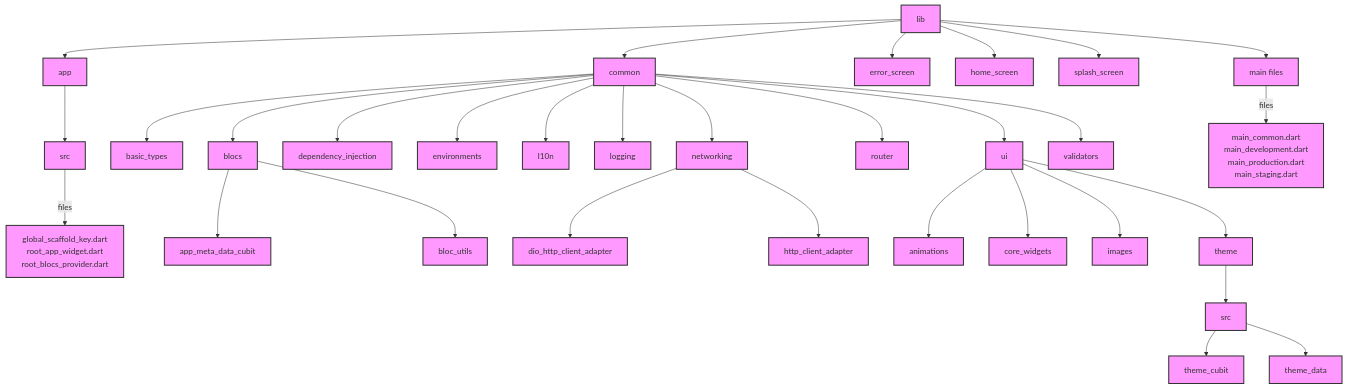
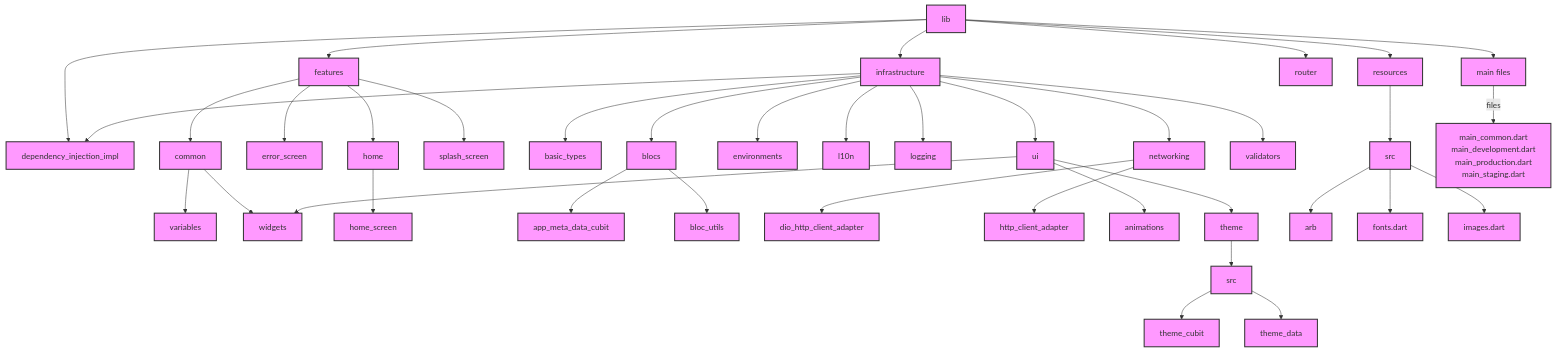
One commit to Haidar0096/fcu changed the diagram in bricks/flutter_starter_brick/README.md. Above: the diagram before and after it, drawn with Mermaid. The commit also changed 223 other files, not shown here.

Commit message:
Implemented second iteration of the opinionated architecture of the generated flutter app. (#1)

````diff
--- a/bricks/flutter_starter_brick/README.md
+++ b/bricks/flutter_starter_brick/README.md
@@ -26,43 +26,53 @@
 ```mermaid
 graph TD
-    lib --> app
-    lib --> common
-    lib --> error_screen
-    lib --> home_screen
-    lib --> splash_screen
+    lib --> dependency_injection[dependency_injection_impl]
+    lib --> features
+    lib --> infrastructure
+    lib --> resources
+    lib --> router
     lib --> main_files[main files]
 
-    app --> app_src[src]
-    app_src --> |files| app_files[global_scaffold_key.dart<br/>root_app_widget.dart<br/>root_blocs_provider.dart]
+    features --> common
+    features --> error_screen
+    features --> home
+    features --> splash_screen
 
-    common --> basic_types
-    common --> blocs
-    common --> dependency_injection
-    common --> environments
-    common --> l10n
-    common --> logging
-    common --> networking
-    common --> router
-    common --> ui
-    common --> validators
+    common --> variables
+    common --> widgets
+
+    home --> home_screen
+
+    infrastructure --> basic_types
+    infrastructure --> blocs
+    infrastructure --> dependency_injection
+    infrastructure --> environments
+    infrastructure --> l10n
+    infrastructure --> logging
+    infrastructure --> networking
+    infrastructure --> ui
+    infrastructure --> validators
 
     blocs --> app_meta_data_cubit
     blocs --> bloc_utils
 
     networking --> dio_client[dio_http_client_adapter]
     networking --> http_client[http_client_adapter]
 
     ui --> animations
-    ui --> core_widgets
-    ui --> images
     ui --> theme
+    ui --> widgets
 
     theme --> theme_src[src]
     theme_src --> theme_cubit
     theme_src --> theme_data
+
+    resources --> src
+    src --> arb
+    src --> fonts.dart
+    src --> images.dart
 
     main_files --> |files| main_list[main_common.dart<br/>main_development.dart<br/>main_production.dart<br/>main_staging.dart]
 
     classDef default fill:#f9f,stroke:#333,stroke-width:2px;
     classDef folder fill:#bbf,stroke:#333,stroke-width:2px;
 ```
````
